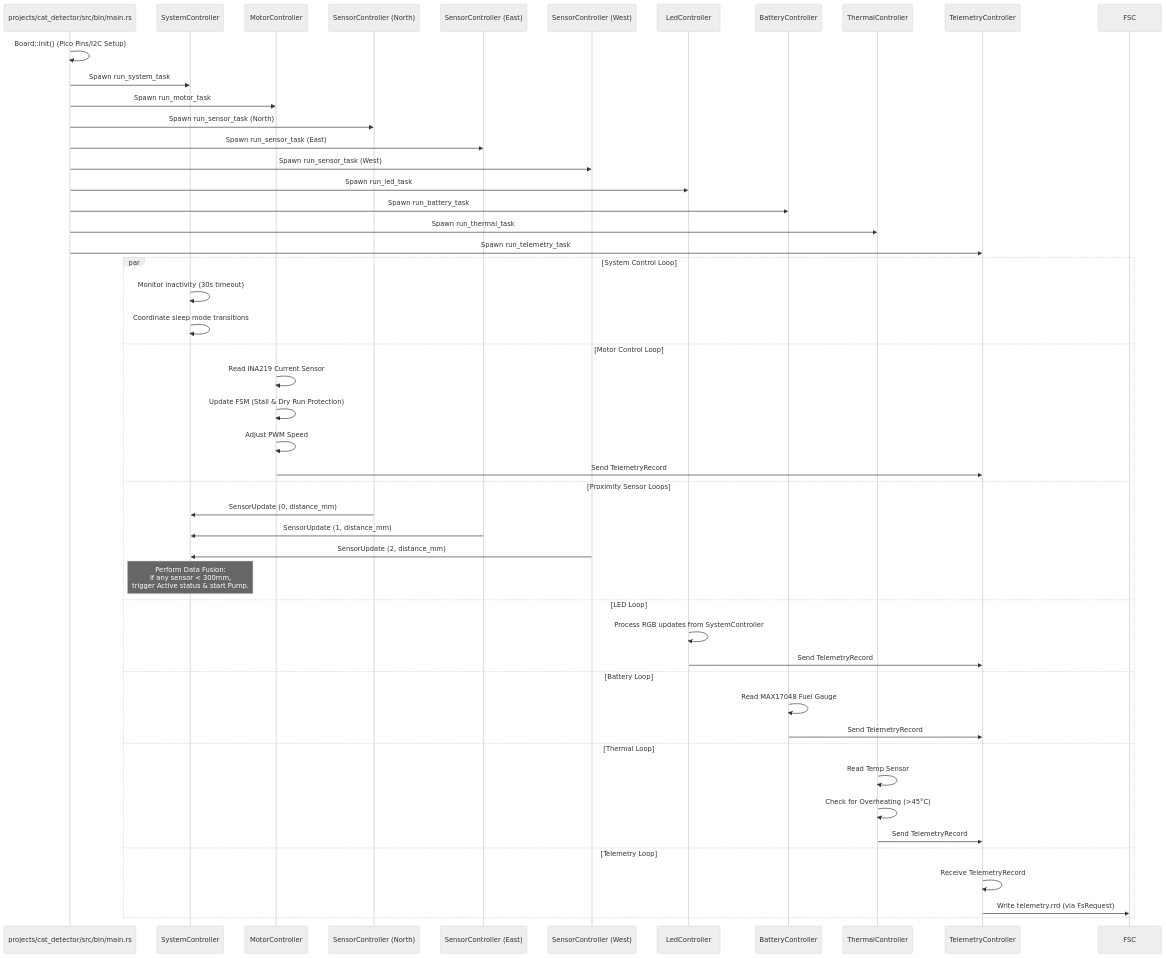
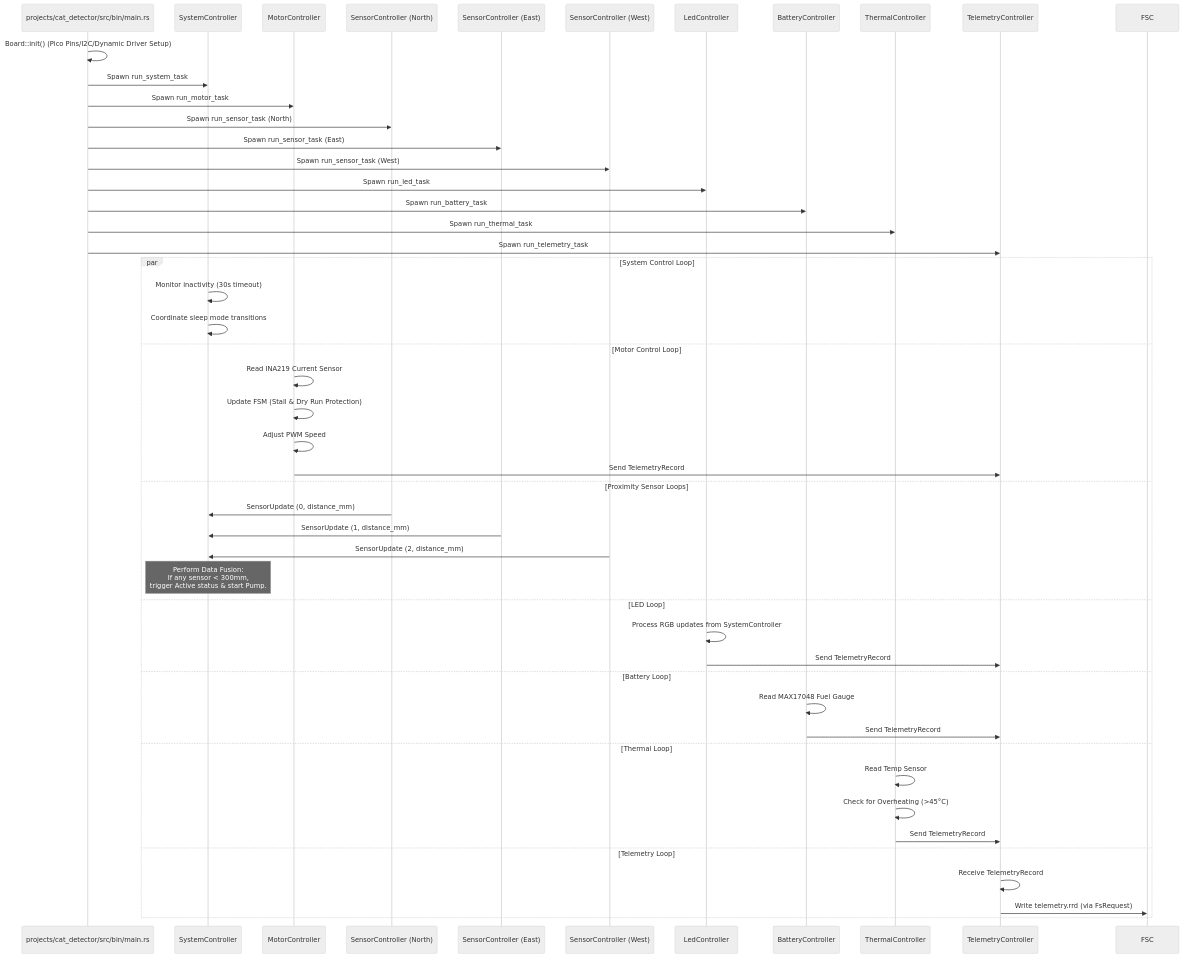
Before and after one commit to picklethecat1488-hue/firmware: the diagram in projects/cat_detector.md, drawn with Mermaid (neutral theme). The commit also changed other lines of this file and 2 other files, not shown here.

````diff
--- a/projects/cat_detector.md
+++ b/projects/cat_detector.md
@@ -175,52 +20,52 @@
 ```mermaid
 sequenceDiagram
     Participant Main as projects/cat_detector/src/bin/main.rs
     Participant SC as SystemController
     Participant MC as MotorController
     Participant SN as SensorController (North)
     Participant SE as SensorController (East)
     Participant SW as SensorController (West)
     Participant LC as LedController
     Participant BC as BatteryController
     Participant TC as ThermalController
     Participant TMC as TelemetryController
 
-    Main->>Main: Board::init() (Pico Pins/I2C Setup)
+    Main->>Main: Board::init() (Pico Pins/I2C/Dynamic Driver Setup)
     Main->>SC: Spawn run_system_task
     Main->>MC: Spawn run_motor_task
     Main->>SN: Spawn run_sensor_task (North)
     Main->>SE: Spawn run_sensor_task (East)
     Main->>SW: Spawn run_sensor_task (West)
     Main->>LC: Spawn run_led_task
     Main->>BC: Spawn run_battery_task
     Main->>TC: Spawn run_thermal_task
     Main->>TMC: Spawn run_telemetry_task
 
     par System Control Loop
         SC->>SC: Monitor inactivity (30s timeout)
         SC->>SC: Coordinate sleep mode transitions
     and Motor Control Loop
         MC->>MC: Read INA219 Current Sensor
         MC->>MC: Update FSM (Stall & Dry Run Protection)
         MC->>MC: Adjust PWM Speed
         MC->>TMC: Send TelemetryRecord
     and Proximity Sensor Loops
         SN->>SC: SensorUpdate (0, distance_mm)
         SE->>SC: SensorUpdate (1, distance_mm)
         SW->>SC: SensorUpdate (2, distance_mm)
         Note over SC: Perform Data Fusion:<br/>If any sensor < 300mm,<br/>trigger Active status & start Pump.
     and LED Loop
         LC->>LC: Process RGB updates from SystemController
         LC->>TMC: Send TelemetryRecord
     and Battery Loop
         BC->>BC: Read MAX17048 Fuel Gauge
         BC->>TMC: Send TelemetryRecord
     and Thermal Loop
         TC->>TC: Read Temp Sensor
         TC->>TC: Check for Overheating (>45°C)
         TC->>TMC: Send TelemetryRecord
     and Telemetry Loop
         TMC->>TMC: Receive TelemetryRecord
         TMC->>FSC: Write telemetry.rrd (via FsRequest)
     end
 ```
````
